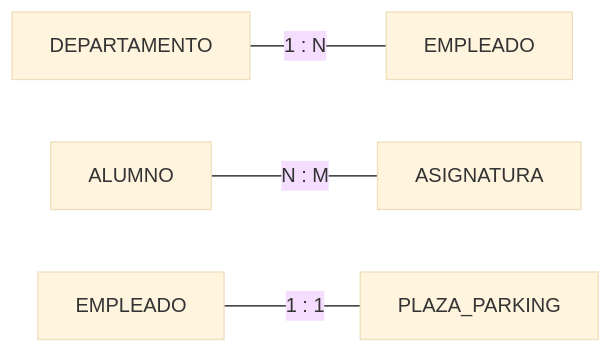
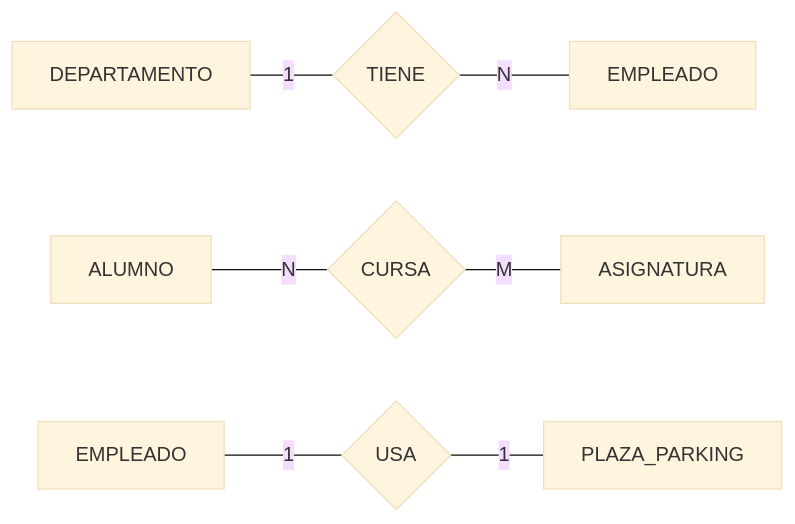
Before and after one commit to cizacas/GBD26-27-Apuntes: the eighth of 15 diagrams in gbd-apuntes/docs/UD2_Diseño_logico_de_bases_de_datos.md, drawn with Mermaid (base theme).

Commit message:
representar la relacion

````diff
--- a/gbd-apuntes/docs/UD2_Diseño_logico_de_bases_de_datos.md
+++ b/gbd-apuntes/docs/UD2_Diseño_logico_de_bases_de_datos.md
@@ -199,6 +199,9 @@
 ```mermaid
 flowchart LR
-    DEPARTAMENTO[DEPARTAMENTO] ---|"1 : N"| EMPLEADO[EMPLEADO]
-    ALUMNO[ALUMNO] ---|"N : M"| ASIGNATURA[ASIGNATURA]
-    EMPLEADO_PLAZA[EMPLEADO] ---|"1 : 1"| PLAZA[PLAZA_PARKING]
+    DEPARTAMENTO[DEPARTAMENTO] ---|"1"| TIENE{TIENE}
+    TIENE ---|"N"| EMPLEADO[EMPLEADO]
+    ALUMNO[ALUMNO] ---|"N"| CURSA{CURSA}
+    CURSA ---|"M"| ASIGNATURA[ASIGNATURA]
+    EMPLEADO_PLAZA[EMPLEADO] ---|"1"| USA{USA}
+    USA ---|"1"| PLAZA[PLAZA_PARKING]
 ```
````
